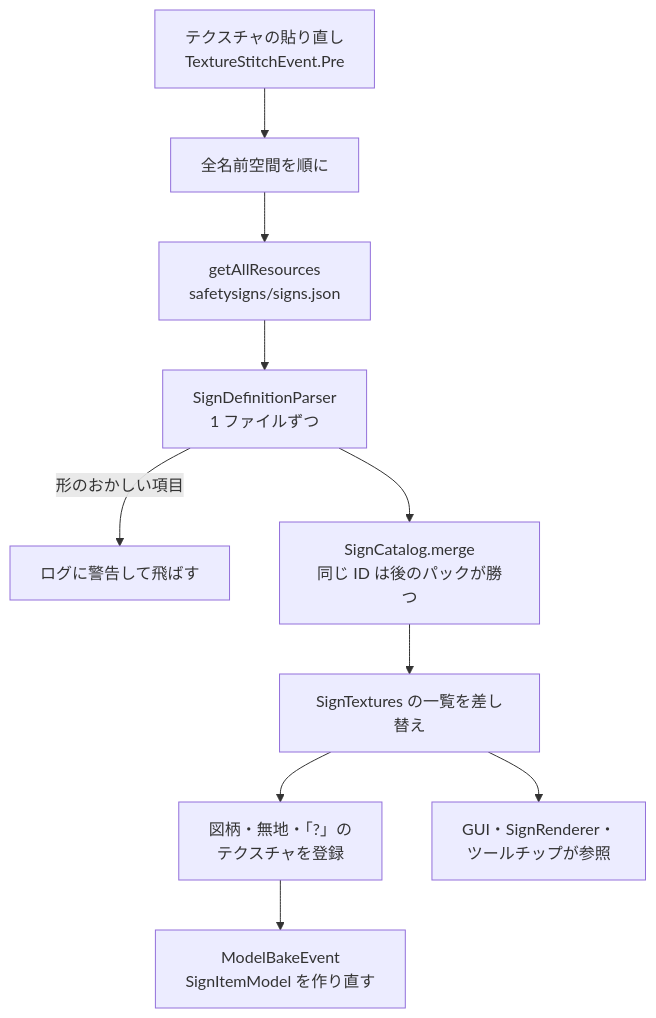
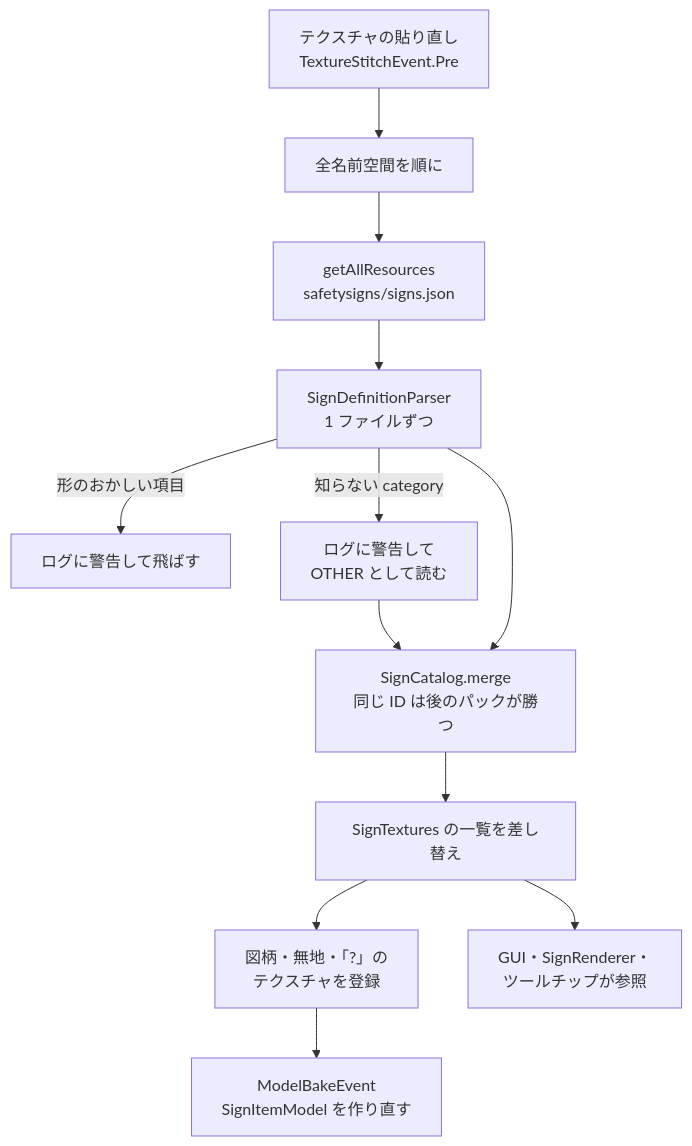
The diagram in doc/diagrams/sign-definitions.md (zeusisgood/safetysigns), drawn with Mermaid before and after one commit. The commit also changed other lines of this file and 38 other files, not shown here.

````diff
--- a/doc/diagrams/sign-definitions.md
+++ b/doc/diagrams/sign-definitions.md
@@ -11,12 +11,14 @@
 ```mermaid
 flowchart TD
     Reload["テクスチャの貼り直し<br/>TextureStitchEvent.Pre"] --> Domains["全名前空間を順に"]
     Domains --> All["getAllResources<br/>safetysigns/signs.json"]
     All --> Parse["SignDefinitionParser<br/>1 ファイルずつ"]
     Parse -- 形のおかしい項目 --> Warn["ログに警告して飛ばす"]
+    Parse -- 知らない category --> Other["ログに警告して<br/>OTHER として読む"]
+    Other --> Merge
     Parse --> Merge["SignCatalog.merge<br/>同じ ID は後のパックが勝つ"]
     Merge --> Catalog["SignTextures の一覧を差し替え"]
     Catalog --> Sprites["図柄・無地・「?」の<br/>テクスチャを登録"]
     Sprites --> Bake["ModelBakeEvent<br/>SignItemModel を作り直す"]
     Catalog --> Use["GUI・SignRenderer・<br/>ツールチップが参照"]
 ```
````
